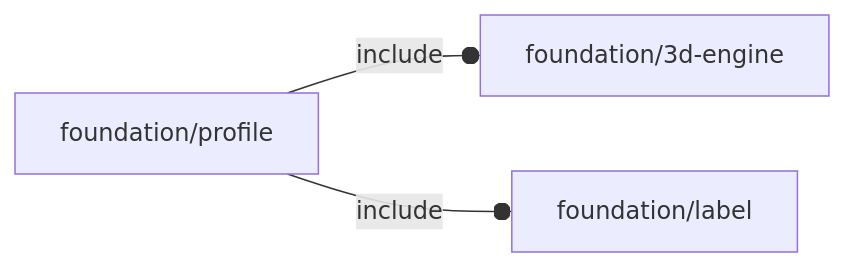
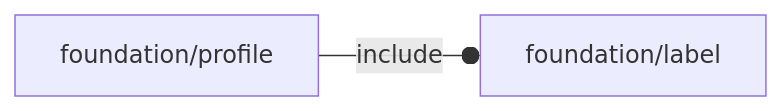
One commit to ggabbiani/OFL changed the diagram in orthodocs/foundation/profile.md. Above: the diagram before and after it, drawn with Mermaid. The commit also changed 8 other files, not shown here.

````diff
--- a/orthodocs/foundation/profile.md
+++ b/orthodocs/foundation/profile.md
@@ -5,5 +5,4 @@
 ```mermaid
 graph LR
-    A1[foundation/profile] --o|include| A2[foundation/3d-engine]
-    A1 --o|include| A3[foundation/label]
+    A1[foundation/profile] --o|include| A2[foundation/label]
 ```
````
